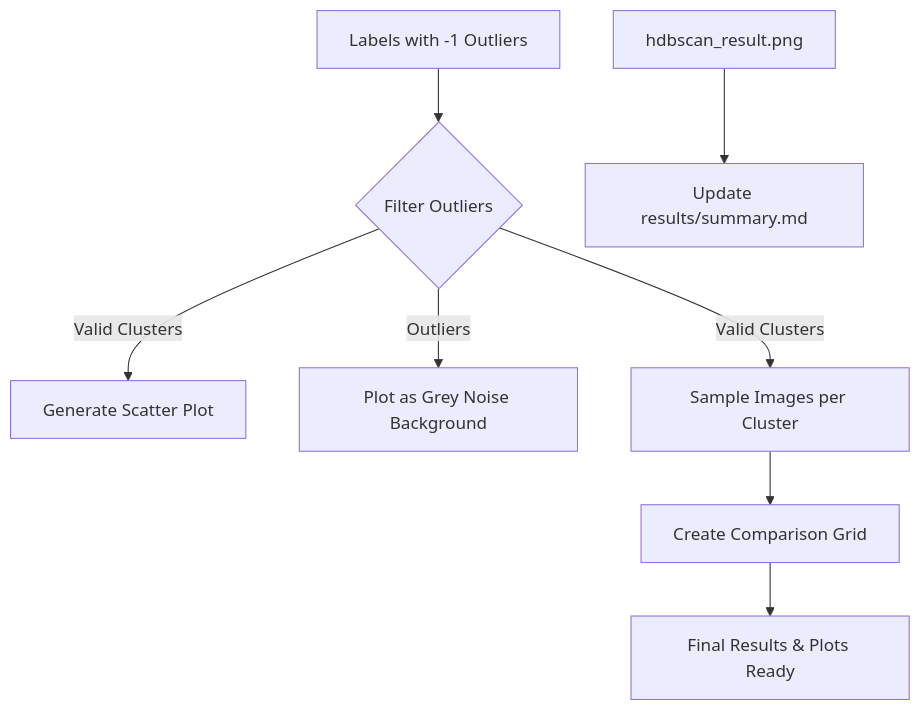
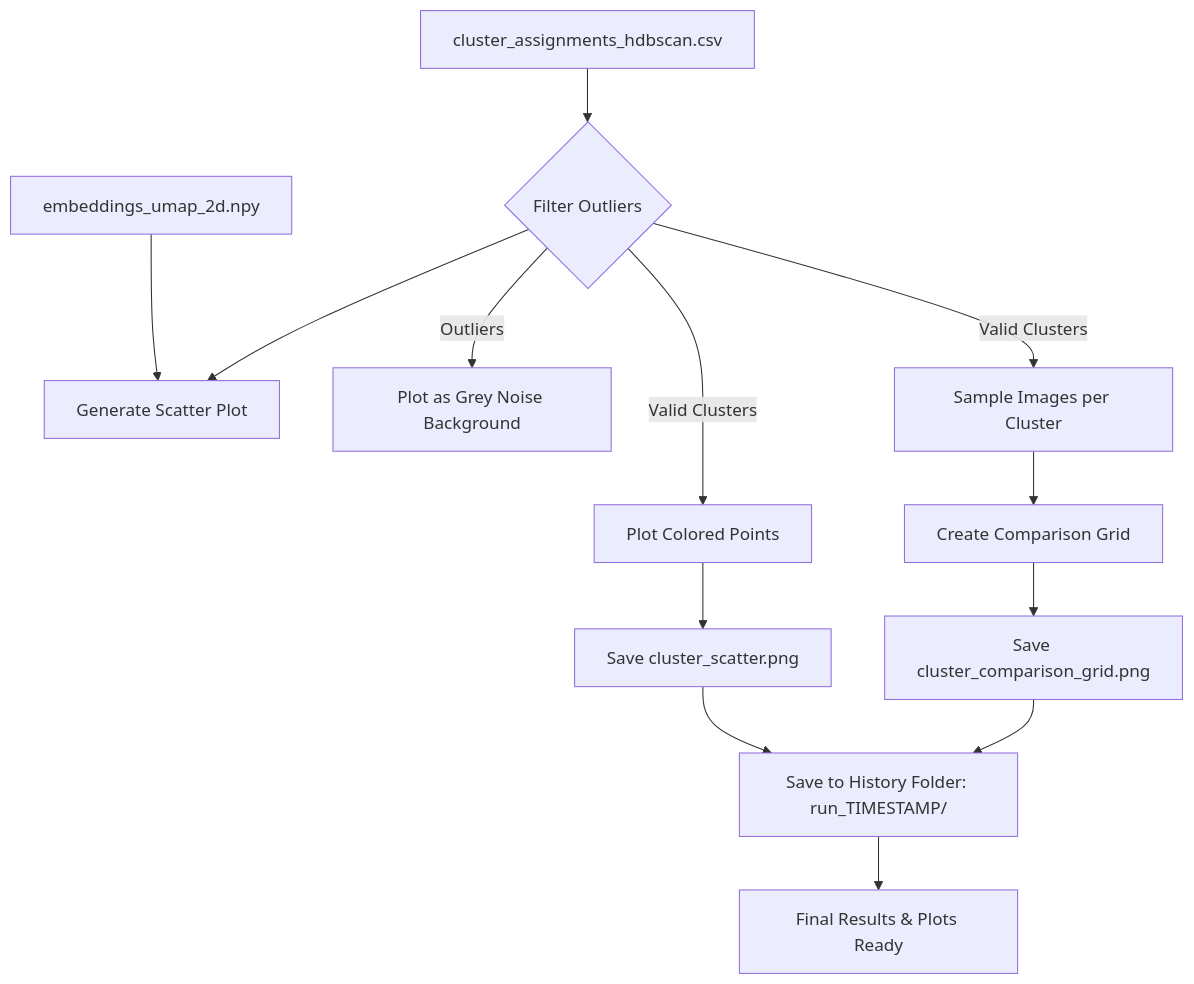
Before and after one commit to Official-Fidev/dino_vits16_togog_clustering: the third of 3 diagrams in FLOWCHART_UPDATED.md, drawn with Mermaid. The commit also changed other lines of this file and 13 other files, not shown here.

Commit message:
feat: integrate Optuna-based auto-tuning for HDBSCAN parameters, support multi-dimensional embeddings for clustering, and implement automated pipeline execution logging.

````diff
--- a/FLOWCHART_UPDATED.md
+++ b/FLOWCHART_UPDATED.md
@@ -57,13 +56,19 @@
 ```mermaid
 graph TD
-    Labels[Labels with -1 Outliers] --> Filter{Filter Outliers}
+    Labels[cluster_assignments_hdbscan.csv] --> Filter{Filter Outliers}
+    U2D[embeddings_umap_2d.npy] --> Scatter[Generate Scatter Plot]
+    Filter --> Scatter
     
-    Filter -->|Valid Clusters| Scatter[Generate Scatter Plot]
+    Filter -->|Valid Clusters| ScatterPlot[Plot Colored Points]
     Filter -->|Outliers| GreyPoints[Plot as Grey Noise Background]
     
     Filter -->|Valid Clusters| Sampling[Sample Images per Cluster]
     Sampling --> Montage[Create Comparison Grid]
     
-    Plot[hdbscan_result.png] --> Report[Update results/summary.md]
-    Montage --> Final[Final Results & Plots Ready]
+    ScatterPlot --> PlotOut[Save cluster_scatter.png]
+    Montage --> GridOut[Save cluster_comparison_grid.png]
+    
+    PlotOut --> Archive[Save to History Folder: run_TIMESTAMP/]
+    GridOut --> Archive
+    Archive --> Final[Final Results & Plots Ready]
 ```
````
